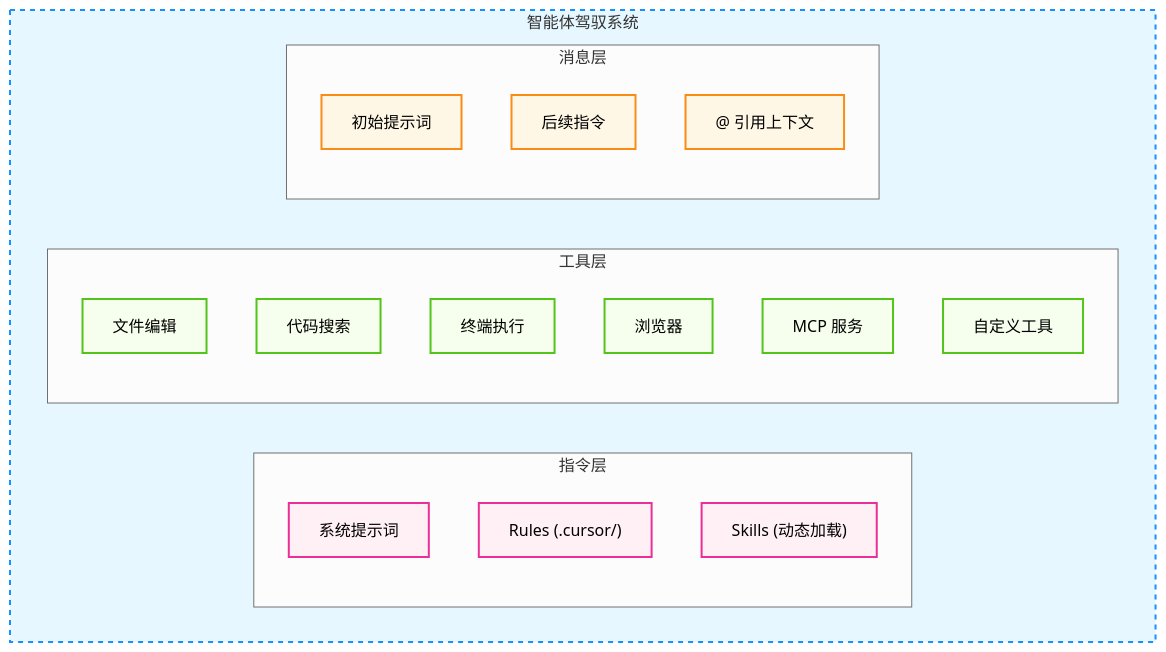
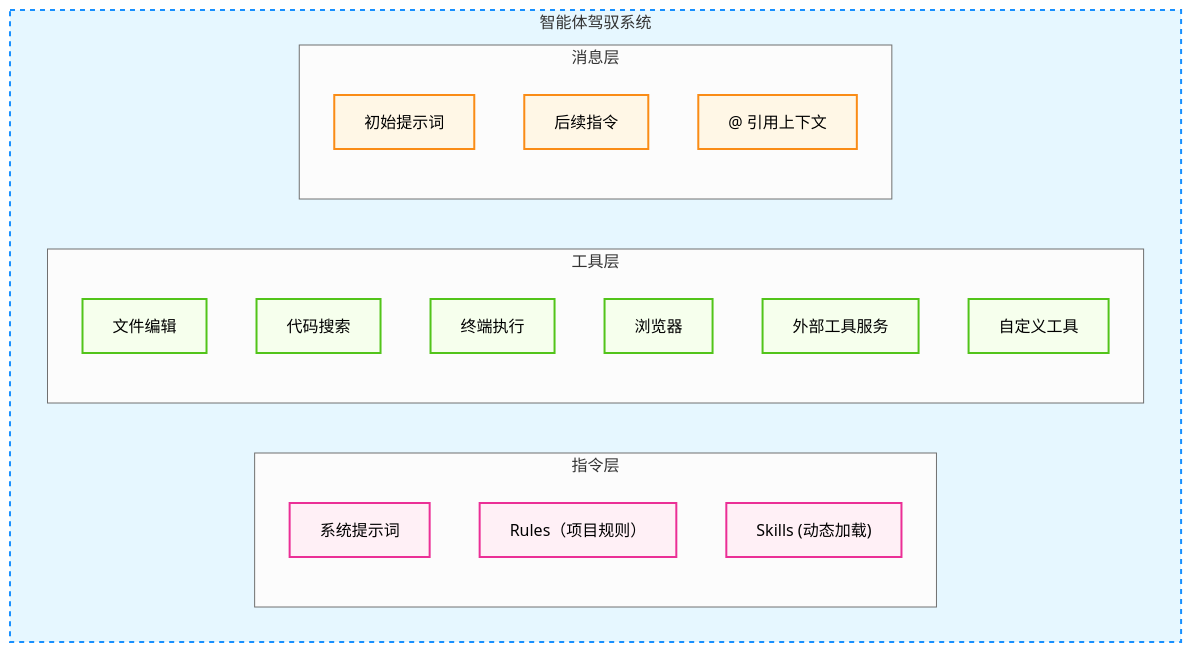
Before and after one commit to yeasy/agentic_ai_guide: the fifth of 7 diagrams in 10_agentic_coding/10.2_loop.md, drawn with Mermaid (neutral theme). The commit also changed other lines of this file and 88 other files, not shown here.

````diff
--- a/10_agentic_coding/10.2_loop.md
+++ b/10_agentic_coding/10.2_loop.md
@@ -229,41 +229,41 @@
 ```mermaid
 graph TD
     %% --- 样式定义 ---
     classDef instruction fill:#fff0f6,stroke:#eb2f96,stroke-width:2px;
     classDef tool fill:#f6ffed,stroke:#52c41a,stroke-width:2px;
     classDef msg fill:#fff7e6,stroke:#fa8c16,stroke-width:2px;
     classDef container fill:#e6f7ff,stroke:#1890ff,stroke-width:2px,stroke-dasharray: 5 5;
 
     %% --- 图表结构 ---
     
     subgraph 智能体驾驭系统
         
         subgraph 指令层
             System[系统提示词]
-            Rules["Rules (.cursor/)"]
+            Rules["Rules（项目规则）"]
             Skills["Skills (动态加载)"]
         end
 
         subgraph 工具层
             Edit[文件编辑]
             Search[代码搜索]
             Term[终端执行]
             Browser[浏览器]
-            MCP["MCP 服务"]
+            Tools["外部工具服务"]
             Custom[自定义工具]
         end
 
         subgraph 消息层
             Init[初始提示词]
             Follow[后续指令]
             Context["@ 引用上下文"]
         end
 
     end
     
     %% --- 应用样式 ---
     class 智能体驾驭系统 container;
     class System,Rules,Skills instruction;
-    class Edit,Search,Term,Browser,MCP,Custom tool;
+    class Edit,Search,Term,Browser,Tools,Custom tool;
     class Init,Follow,Context msg;
 ```
````
